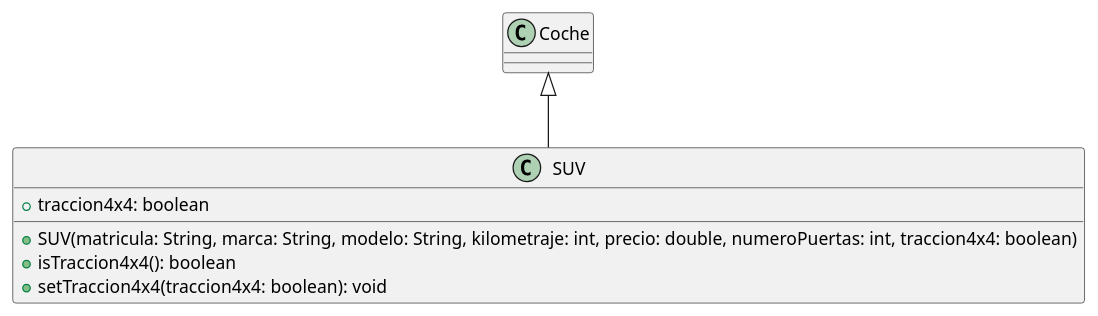
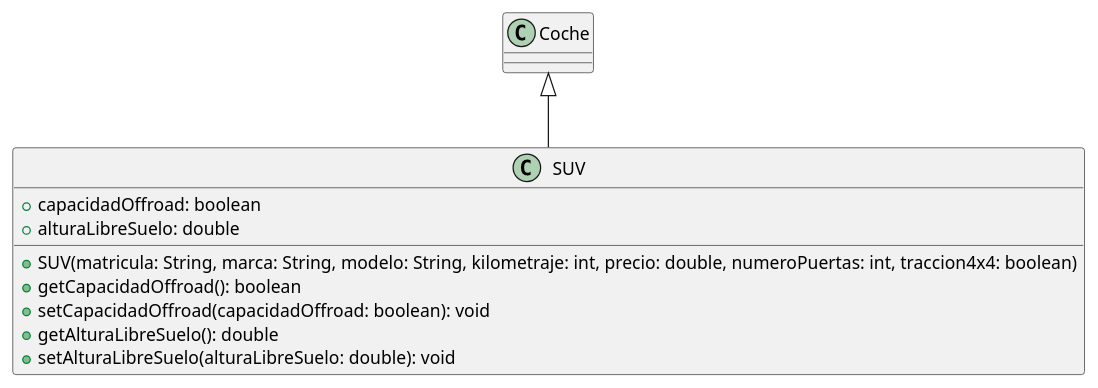
The diagram in uml/SUV.puml (crobles98/UT5_ED_Prog), drawn with PlantUML before and after one commit.

Commit message:
Corregir atributos y métodos

```diff
--- a/uml/SUV.puml
+++ b/uml/SUV.puml
@@ -1,8 +1,11 @@
 @startuml
 class SUV extends Coche {
-  + traccion4x4: boolean
+  + capacidadOffroad: boolean
+  + alturaLibreSuelo: double
   + SUV(matricula: String, marca: String, modelo: String, kilometraje: int, precio: double, numeroPuertas: int, traccion4x4: boolean)
-  + isTraccion4x4(): boolean
-  + setTraccion4x4(traccion4x4: boolean): void
+  + getCapacidadOffroad(): boolean
+  + setCapacidadOffroad(capacidadOffroad: boolean): void
+  + getAlturaLibreSuelo(): double
+  + setAlturaLibreSuelo(alturaLibreSuelo: double): void
 }
 @enduml
```
